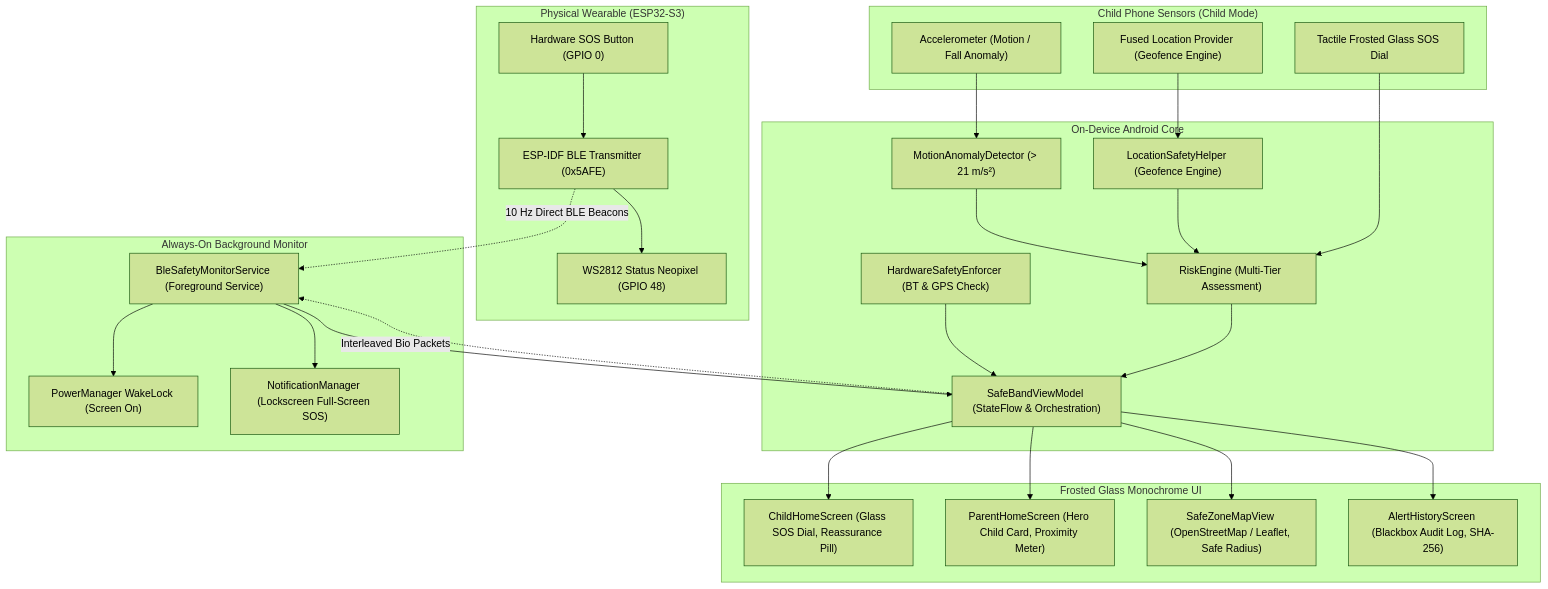
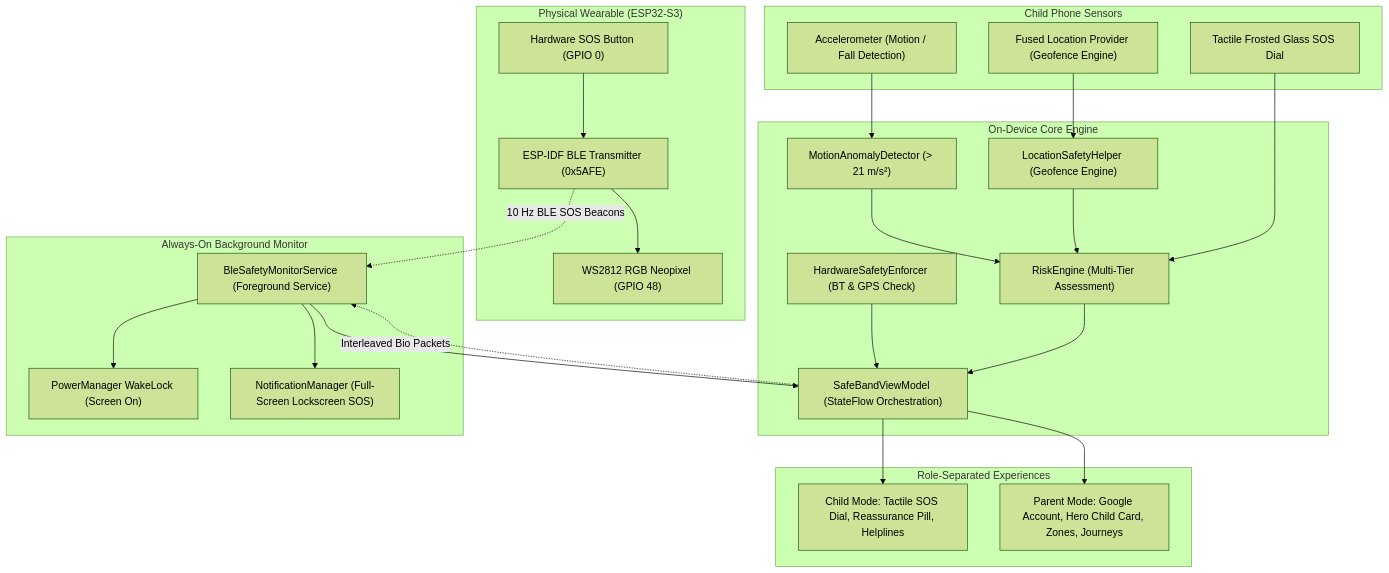
The first of 2 diagrams in README.md (Unknsn/childgaurd), drawn with Mermaid (forest theme) before and after one commit. The commit also changed other lines of this file and 23 other files, not shown here.

Commit message:
feat(v3.3.0): Core architecture, role separation, Google authentication & child provisioning

````diff
--- a/README.md
+++ b/README.md
@@ -48,52 +91,48 @@
 ```mermaid
 graph TD
     subgraph Hardware ["Physical Wearable (ESP32-S3)"]
         ESP_BTN["Hardware SOS Button (GPIO 0)"]
-        ESP_LED["WS2812 Status Neopixel (GPIO 48)"]
+        ESP_LED["WS2812 RGB Neopixel (GPIO 48)"]
         ESP_BLE["ESP-IDF BLE Transmitter (0x5AFE)"]
         ESP_BTN --> ESP_BLE
         ESP_BLE --> ESP_LED
     end
 
-    subgraph Sensors ["Child Phone Sensors (Child Mode)"]
-        ACCEL["Accelerometer (Motion / Fall Anomaly)"]
+    subgraph Sensors ["Child Phone Sensors"]
+        ACCEL["Accelerometer (Motion / Fall Detection)"]
         GPS["Fused Location Provider (Geofence Engine)"]
         SOS_DIAL["Tactile Frosted Glass SOS Dial"]
     end
 
-    subgraph CoreEngine ["On-Device Android Core"]
+    subgraph CoreEngine ["On-Device Core Engine"]
         MAD["MotionAnomalyDetector (> 21 m/s²)"]
         LSH["LocationSafetyHelper (Geofence Engine)"]
         HSE["HardwareSafetyEnforcer (BT & GPS Check)"]
         RE["RiskEngine (Multi-Tier Assessment)"]
-        VM["SafeBandViewModel (StateFlow & Orchestration)"]
+        VM["SafeBandViewModel (StateFlow Orchestration)"]
     end
 
     subgraph BackgroundService ["Always-On Background Monitor"]
         SRV["BleSafetyMonitorService (Foreground Service)"]
         WAKE["PowerManager WakeLock (Screen On)"]
-        NOTIF["NotificationManager (Lockscreen Full-Screen SOS)"]
+        NOTIF["NotificationManager (Full-Screen Lockscreen SOS)"]
         SRV --> WAKE
         SRV --> NOTIF
     end
 
-    subgraph UI ["Frosted Glass Monochrome UI"]
-        CHILD_UI["ChildHomeScreen (Glass SOS Dial, Reassurance Pill)"]
-        PARENT_UI["ParentHomeScreen (Hero Child Card, Proximity Meter)"]
-        RADAR_UI["SafeZoneMapView (OpenStreetMap / Leaflet, Safe Radius)"]
-        HISTORY_UI["AlertHistoryScreen (Blackbox Audit Log, SHA-256)"]
+    subgraph UI ["Role-Separated Experiences"]
+        CHILD_UI["Child Mode: Tactile SOS Dial, Reassurance Pill, Helplines"]
+        PARENT_UI["Parent Mode: Google Account, Hero Child Card, Zones, Journeys"]
     end
 
-    ESP_BLE -. "10 Hz Direct BLE Beacons" .-> SRV
+    ESP_BLE -. "10 Hz BLE SOS Beacons" .-> SRV
     ACCEL --> MAD --> RE
     GPS --> LSH --> RE
     SOS_DIAL --> RE
     HSE --> VM
     RE --> VM
     VM -. "Interleaved Bio Packets" .-> SRV
     SRV --> VM
     VM --> CHILD_UI
     VM --> PARENT_UI
-    VM --> RADAR_UI
-    VM --> HISTORY_UI
 ```
````
